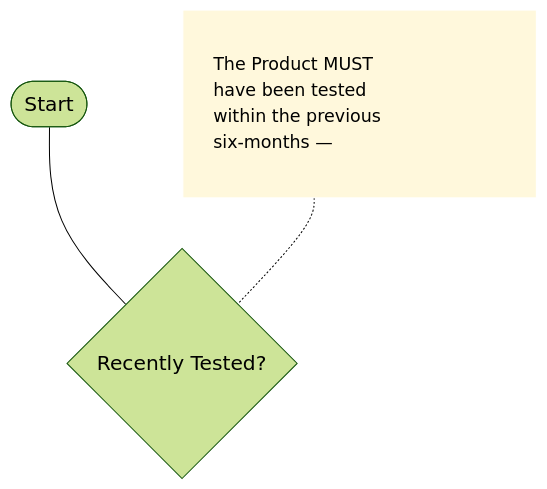
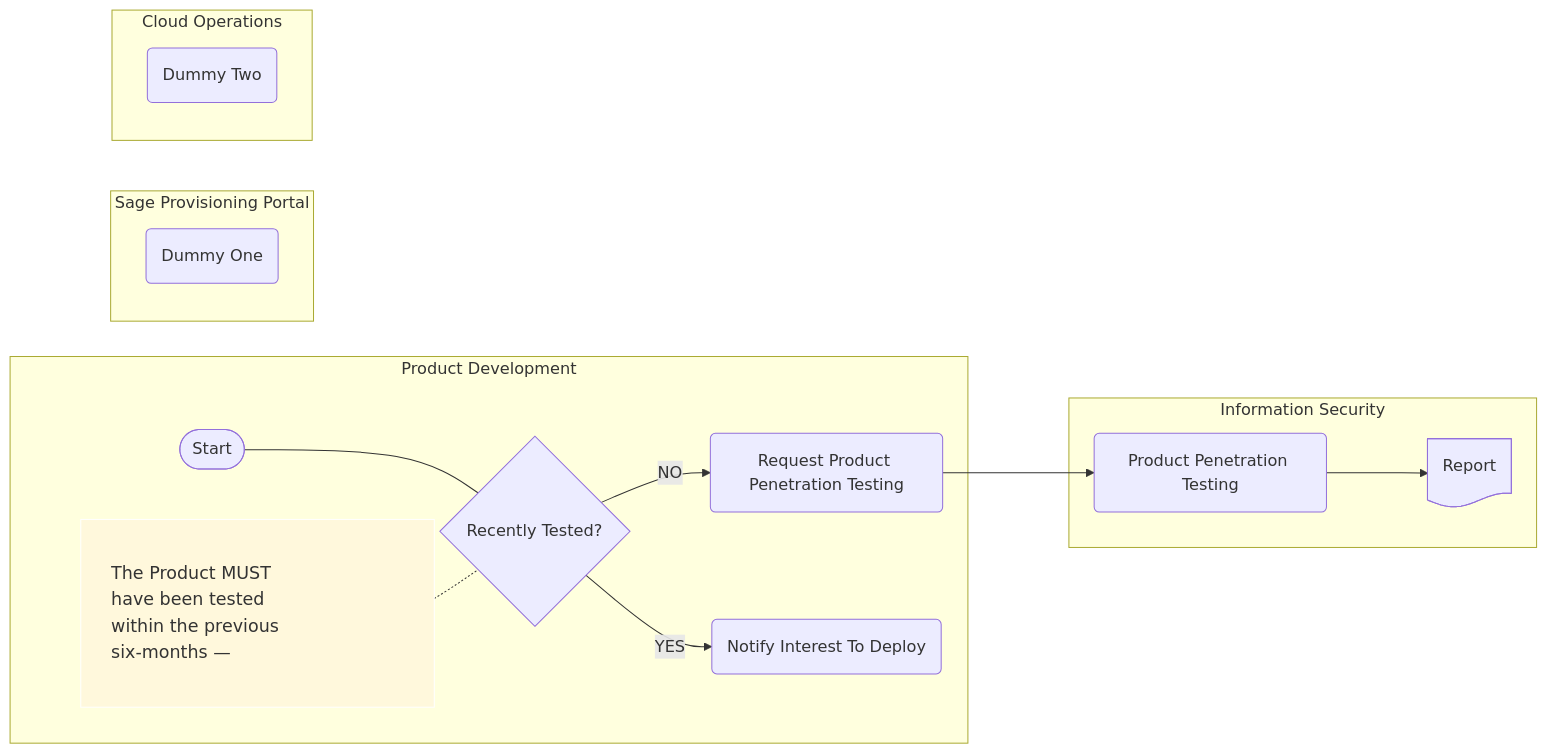
Before and after one commit to joe-dorward/samples: the first of 2 diagrams in 2025_Sage/step-1-feasibility.md, drawn with Mermaid. The commit also changed other lines of this file, not shown here.

````diff
--- a/2025_Sage/step-1-feasibility.md
+++ b/2025_Sage/step-1-feasibility.md
@@ -2,37 +2,56 @@
 ```mermaid
-%%{
-  init: {
-    'theme': 'forest',
-    'themeVariables': {
-      'fontSize':'15pt'
-    }
-  }
-}%%
-flowchart TD
+flowchart LR
 
 
 classDef Note fill:cornsilk, stroke:white, text-align:left, font-size:13pt, width:350px, margin:-5px, padding:150px;
 %% ---------- ---------- ---------- ---------- ---------- ---------- ---------- ---------- ---------- ----------
-  START([Start])
+subgraph Product Development
+  START@{shape: stadium, label: "Start"}
 
   RECENTLY_TESTED_NOTE[The Product MUST have been tested within the previous six-months #151;]
   RECENTLY_TESTED{Recently Tested?}
 
 
     %%GOBEKLI_TEPE[Göbekli Tepe]
     %%GOBEKLI_TEPE_NOTE[#151; early 'town' in south-eastern Anatolia, founded ~ 9,500 BCE.]
     %%click GOBEKLI_TEPE "https://en.wikipedia.org/wiki/Göbekli_Tepe" _blank
 
 
+  REQUEST_PRODUCT_PENETRATION_TESTING(Request Product Penetration Testing)
+  NOTIFY_INTEREST_TO_DEPLOY(Notify Interest To Deploy)
 
+end
+
+
+subgraph Sage Provisioning Portal
+  DUMMY_ONE(Dummy One)
+
+end
+
+subgraph Cloud Operations
+  DUMMY_TWO(Dummy Two)
+
+end
+
+subgraph Information Security
+  PRODUCT_PENETRATION_TESTING(Product Penetration Testing)
+  PRODUCT_PENETRATION_TESTING_REPORT@{ shape: doc, label: "Report" }
+
+end
   %% ---------- ---------- ---------- ---------- ----------
   %% CONNECTIONS & CLASSES
   %% ---------- ---------- ---------- ---------- ----------
   START---RECENTLY_TESTED
+  RECENTLY_TESTED-- NO -->REQUEST_PRODUCT_PENETRATION_TESTING
+  RECENTLY_TESTED-- YES -->NOTIFY_INTEREST_TO_DEPLOY
+
+
   RECENTLY_TESTED_NOTE-.-RECENTLY_TESTED
+
+  REQUEST_PRODUCT_PENETRATION_TESTING--->PRODUCT_PENETRATION_TESTING--->PRODUCT_PENETRATION_TESTING_REPORT
 
 class RECENTLY_TESTED_NOTE Note
 %%YEAR_DOT-.-9500-.-GOBEKLI_TEPE~~~GOBEKLI_TEPE_NOTE
 
 
 ```
````
